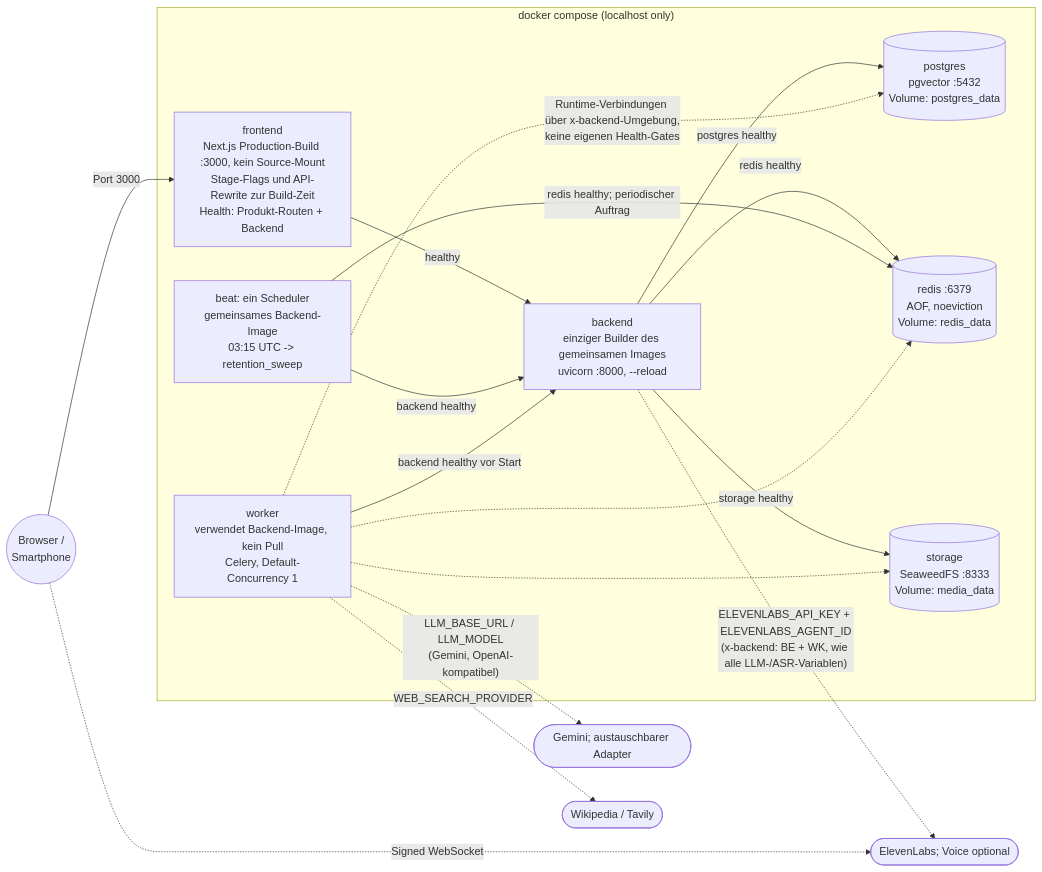
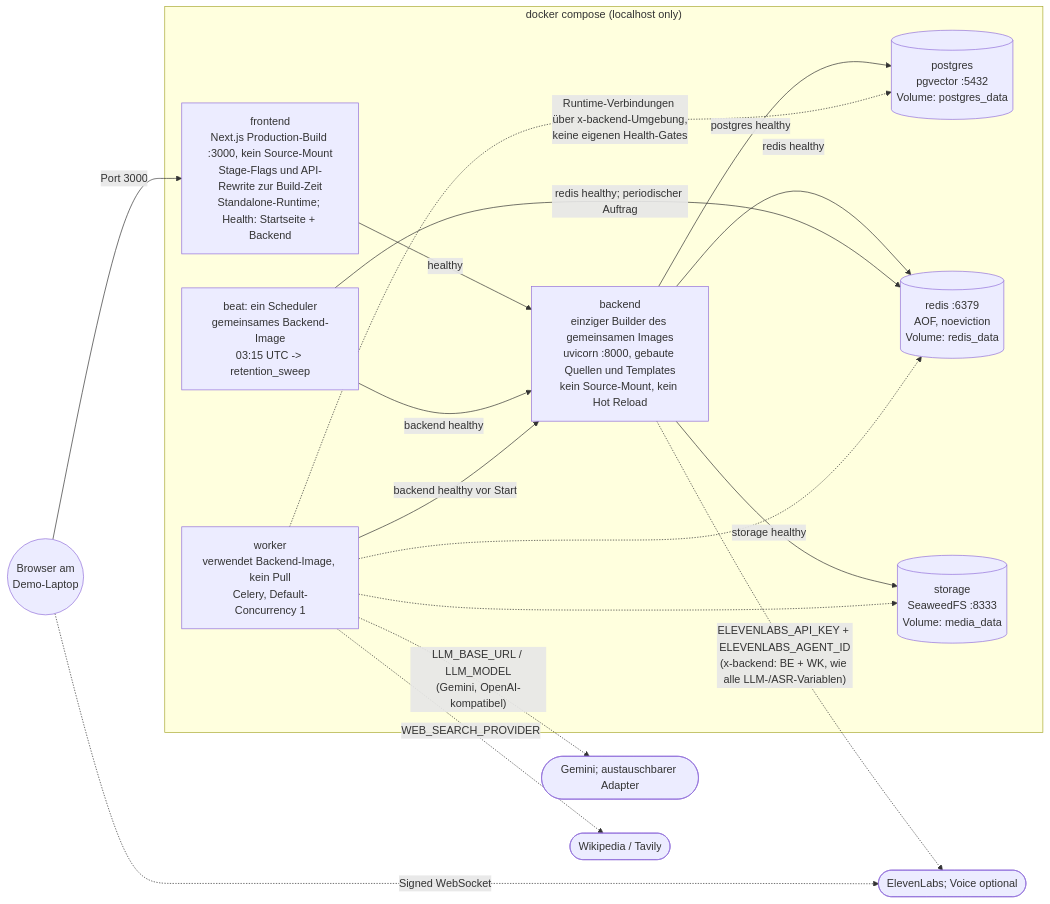
One commit to johannes3502/hackathon-fulda changed the second of 12 diagrams in docs/03-architecture.md. Above: the diagram before and after it, drawn with Mermaid. The commit also changed other lines of this file and 60 other files, not shown here.

````diff
--- a/docs/03-architecture.md
+++ b/docs/03-architecture.md
@@ -152,28 +190,28 @@
 ```mermaid
 flowchart LR
     subgraph Host["docker compose (localhost only)"]
-        FE["frontend<br/>Next.js Production-Build :3000, kein Source-Mount<br/>Stage-Flags und API-Rewrite zur Build-Zeit<br/>Health: Produkt-Routen + Backend"]
-        BE["backend<br/>einziger Builder des gemeinsamen Images<br/>uvicorn :8000, --reload"]
+        FE["frontend<br/>Next.js Production-Build :3000, kein Source-Mount<br/>Stage-Flags und API-Rewrite zur Build-Zeit<br/>Standalone-Runtime; Health: Startseite + Backend"]
+        BE["backend<br/>einziger Builder des gemeinsamen Images<br/>uvicorn :8000, gebaute Quellen und Templates<br/>kein Source-Mount, kein Hot Reload"]
         WK["worker<br/>verwendet Backend-Image, kein Pull<br/>Celery, Default-Concurrency 1"]
         BT["beat: ein Scheduler<br/>gemeinsames Backend-Image<br/>03:15 UTC -> retention_sweep"]
         PG[("postgres<br/>pgvector :5432<br/>Volume: postgres_data")]
         RD[("redis :6379<br/>AOF, noeviction<br/>Volume: redis_data")]
         ST[("storage<br/>SeaweedFS :8333<br/>Volume: media_data")]
     end
 
-    User(("Browser /<br/>Smartphone")) -->|"Port 3000"| FE
+    User(("Browser am<br/>Demo-Laptop")) -->|"Port 3000"| FE
     FE -->|"healthy"| BE
     BE -->|"postgres healthy"| PG
     BE -->|"storage healthy"| ST
     BE -->|"redis healthy"| RD
     BT -->|"backend healthy"| BE
     BT -->|"redis healthy; periodischer Auftrag"| RD
     WK -->|"backend healthy vor Start"| BE
     WK -. "Runtime-Verbindungen über x-backend-Umgebung,<br/>keine eigenen Health-Gates" .-> PG
     WK -.-> ST
     WK -.-> RD
     WK -. "LLM_BASE_URL / LLM_MODEL<br/>(Gemini, OpenAI-kompatibel)" .-> LLM(["Gemini; austauschbarer Adapter"])
     BE -. "ELEVENLABS_API_KEY + ELEVENLABS_AGENT_ID<br/>(x-backend: BE + WK, wie alle LLM-/ASR-Variablen)" .-> EL(["ElevenLabs; Voice optional"])
     User -. "Signed WebSocket" .-> EL
     WK -. "WEB_SEARCH_PROVIDER" .-> WS(["Wikipedia / Tavily"])
 ```
````
